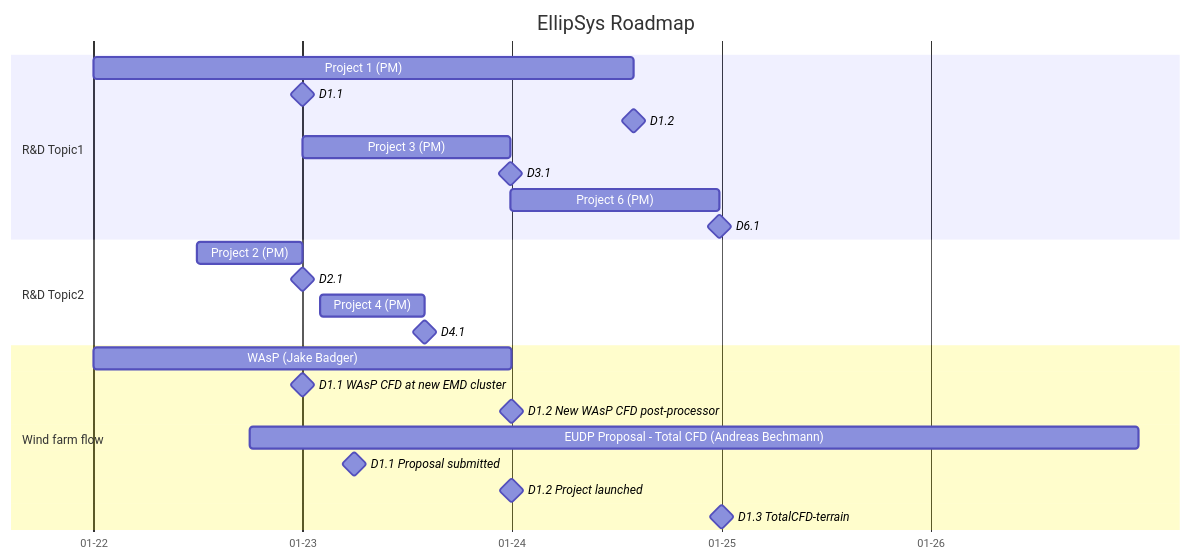
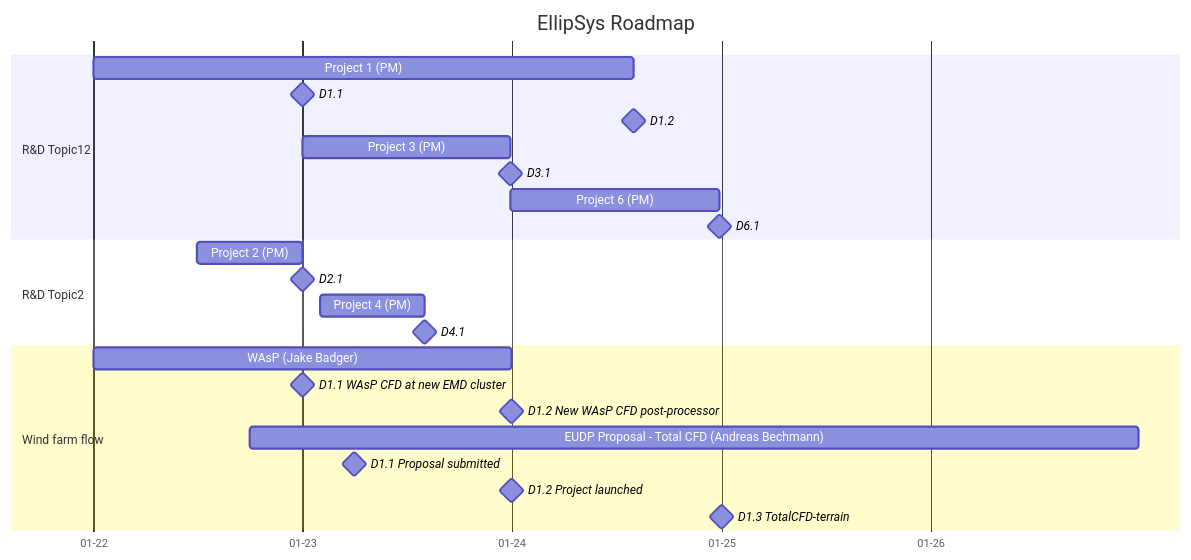
The diagram in README.md (andh-dtu/test), drawn with Mermaid before and after one commit.

````diff
--- a/README.md
+++ b/README.md
@@ -1,30 +1,30 @@
 ```mermaid
 gantt
 Title EllipSys Roadmap
 dateFormat YYYY-MM-DD
 axisFormat %m-%y
  
-section R&D Topic1
+section R&D Topic12
 Project 1 (PM): p1, 2022-01-01, 2024-08-01
 D1.1 : milestone, m11, 2023-01-01, 2min
 D1.2 : milestone, m12, after p1, 2min
 Project 3 (PM): p3, 2023-01-01, 52w
 D3.1 : milestone, m31, after p3, 2min
 Project 6 (PM): p6, after p3, 52w
 D6.1 : milestone, m61, after p6, 2min
 
 section R&D Topic2
 Project 2 (PM): p2, 2022-07-01, 2023-01-01
 D2.1 : milestone, m21, after p2, 2min
 Project 4 (PM): p4, 2023-02-01 , 26w
 D4.1 : milestone, m41, after p4, 2min
 
 section Wind farm flow
 WAsP (Jake Badger) : waspcfd, 2022-01-01, 2024-01-01
 D1.1 WAsP CFD at new EMD cluster : milestone, waspcfd_1, 2023-01-01, 2min
 D1.2 New WAsP CFD post-processor : milestone, waspcfd_2, 2024-01-01, 2min
 EUDP Proposal - Total CFD (Andreas Bechmann) : totalcfd, 2022-10-01, 2026-12-31
 D1.1 Proposal submitted : milestone, totalcfd_1, 2023-04-01, 2min
 D1.2 Project launched    : milestone, totalcfd_2, 2024-01-01, 2min
 D1.3 TotalCFD-terrain : milestone, totalcfd_3, 2025-01-01, 2min
 ```
````
